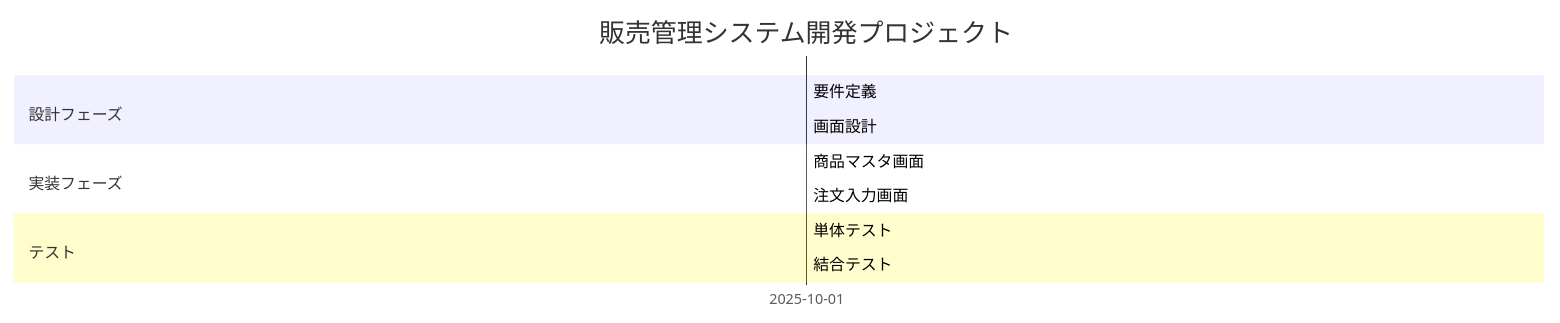
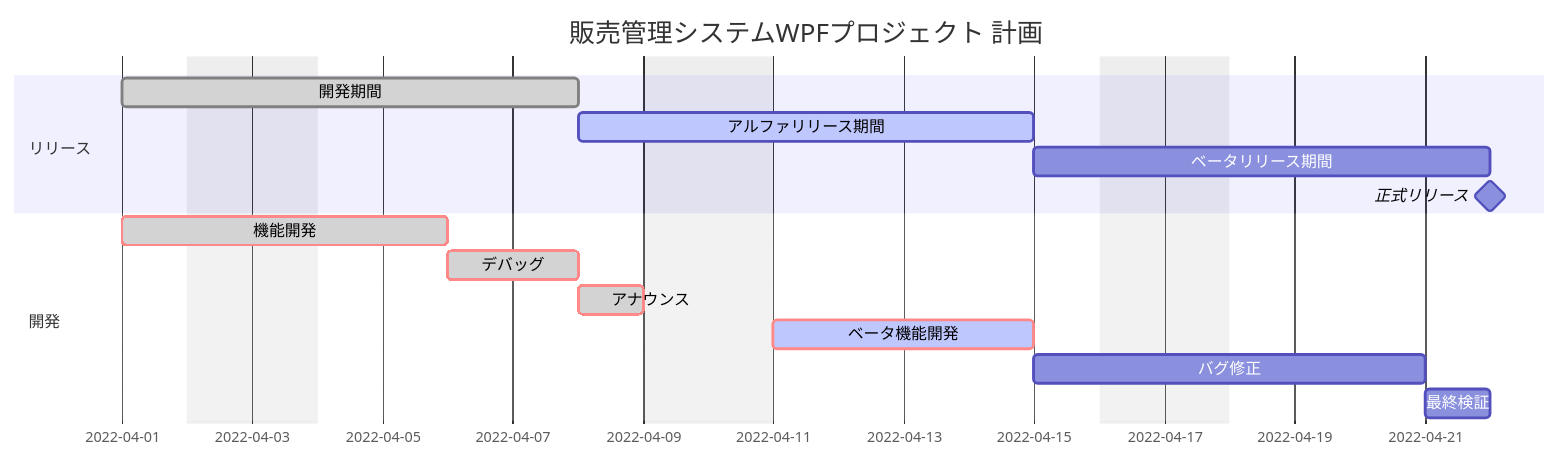
The sixth of 7 diagrams in README.md (sekiya-sato/wpfstudy), drawn with Mermaid before and after one commit.

Commit message:
Update Gantt chart for sales management project

````diff
--- a/README.md
+++ b/README.md
@@ -114,14 +114,21 @@
 ```mermaid
 gantt
-    title 販売管理システム開発プロジェクト
-    dateFormat  YYYY-MM-DD
-    section 設計フェーズ
-    要件定義    :id1, 2025-10-01, 7d    // タスクID: id1 (開始日指定)
-    画面設計    :id2, after id1, 5d     // タスクID: id2 (id1の後に開始)
-    section 実装フェーズ
-    商品マスタ画面 :id3, after id2, 10d   // タスクID: id3 (id2の後に開始)
-    注文入力画面 :id4, after id3, 15d   // タスクID: id4 (id3の後に開始)
-    section テスト
-    単体テスト    :crit, id5, after id4, 5d // タグ crit、タスクID: id5
-    結合テスト    :after id5, 7d          // id5の後に開始（タスクIDの指定は省略可）
+  dateFormat  YYYY-MM-DD
+  title       販売管理システムWPFプロジェクト 計画
+  excludes    weekends
+
+  section リリース
+  開発期間        :done, 2022-04-01, 2022-04-08
+  アルファリリース期間 :active, 5d
+  ベータリリース期間  :5d
+  正式リリース      :milestone, 0d
+
+  section 開発
+  機能開発      :crit, done, 2022-04-01, 3d
+  デバッグ      :crit, done, 2d
+  アナウンス     :crit, done, 1d
+  ベータ機能開発 :crit, active, 4d
+  バグ修正      :4d
+  最終検証      :1d
+
 ```
````
